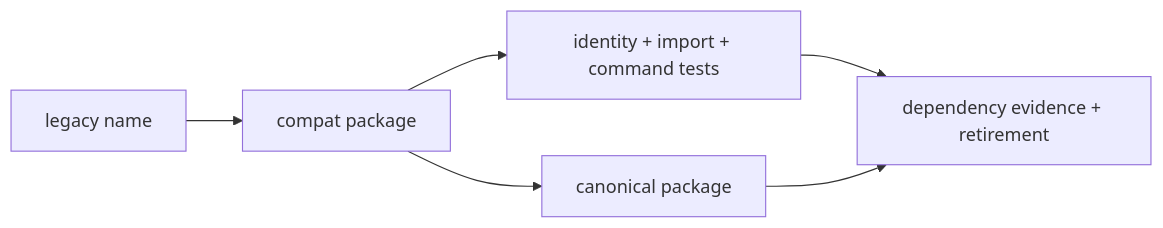
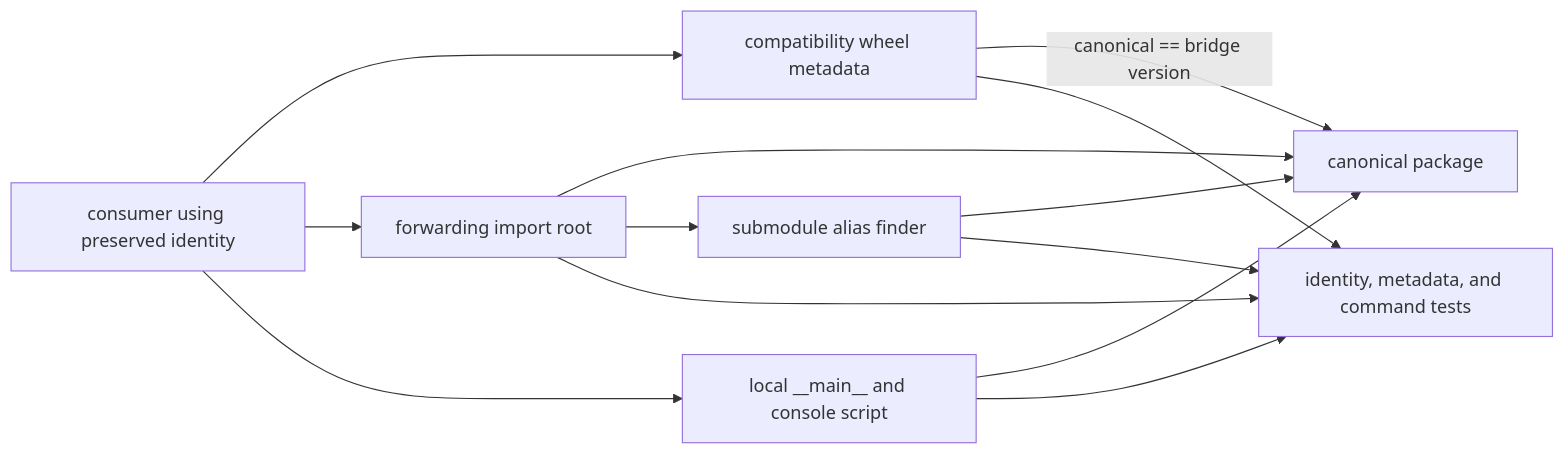
Before and after one commit to bijux/bijux-canon: the diagram in docs/08-compat-packages/index.md, drawn with Mermaid. The commit also changed other lines of this file and 1 other file, not shown here.

Commit message:
docs(compat): define bridge authority and reader routes

````diff
--- a/docs/08-compat-packages/index.md
+++ b/docs/08-compat-packages/index.md
@@ -24,12 +37,19 @@
 ```mermaid
 flowchart LR
-    legacy["legacy name"]
-    bridge["compat package"]
-    canonical["canonical package"]
-    tests["identity + import + command tests"]
-    retire["dependency evidence + retirement"]
+    consumer["consumer using preserved identity"]
+    metadata["compatibility wheel metadata"]
+    root["forwarding import root"]
+    finder["submodule alias finder"]
+    command["local __main__ and console script"]
+    owner["canonical package"]
+    evidence["identity, metadata, and command tests"]
 
-    legacy --> bridge --> canonical
-    bridge --> tests --> retire
-    canonical --> retire
+    consumer --> metadata -->|"canonical == bridge version"| owner
+    consumer --> root --> owner
+    root --> finder --> owner
+    consumer --> command --> owner
+    metadata --> evidence
+    root --> evidence
+    finder --> evidence
+    command --> evidence
 ```
````
